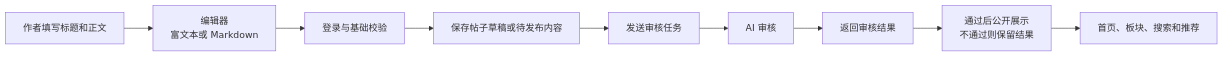
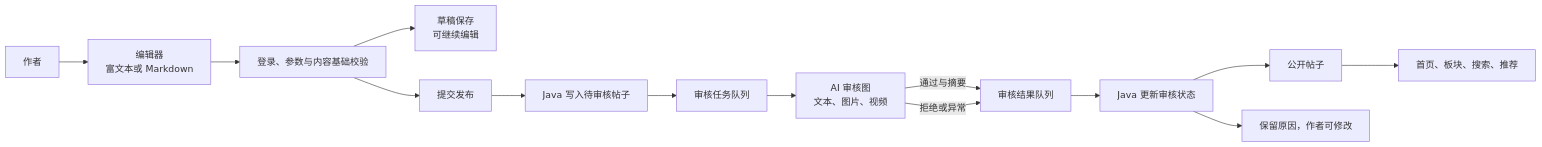
The third of 13 diagrams in README.md (pluchon/mengmeng_forum), drawn with Mermaid before and after one commit. The commit also changed other lines of this file, not shown here.

Commit message:
docs: 细化项目模块流程图

````diff
--- a/README.md
+++ b/README.md
@@ -68,11 +70,16 @@
 ```mermaid
 flowchart LR
-  U["作者填写标题和正文"] --> E["编辑器\n富文本或 Markdown"]
-  E --> V["登录与基础校验"]
-  V --> S["保存帖子草稿或待发布内容"]
-  S --> Q["发送审核任务"]
-  Q --> A["AI 审核"]
-  A --> R["返回审核结果"]
-  R --> P["通过后公开展示\n不通过则保留结果"]
-  P --> H["首页、板块、搜索和推荐"]
+  U["作者"] --> E["编辑器<br/>富文本或 Markdown"]
+  E --> V["登录、参数与内容基础校验"]
+  V --> D["草稿保存<br/>可继续编辑"]
+  V --> P["提交发布"]
+  P --> S["Java 写入待审核帖子"]
+  S --> MQ["审核任务队列"]
+  MQ --> A["AI 审核图<br/>文本、图片、视频"]
+  A -->|通过与摘要| MR["审核结果队列"]
+  A -->|拒绝或异常| MR
+  MR --> R["Java 更新审核状态"]
+  R --> OK["公开帖子"]
+  R --> NO["保留原因，作者可修改"]
+  OK --> H["首页、板块、搜索、推荐"]
 ```
````
